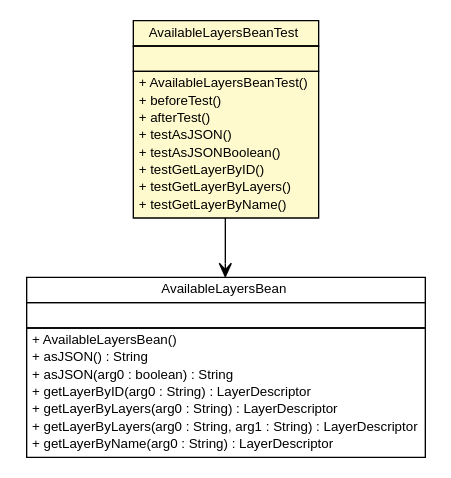
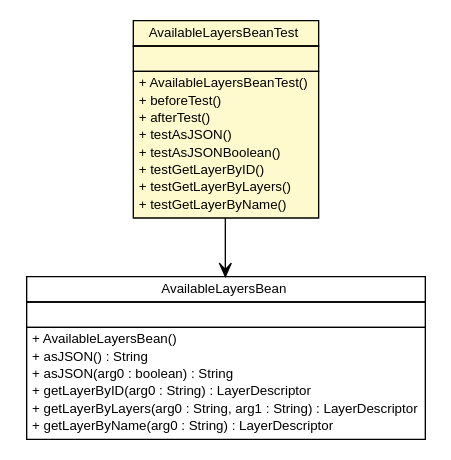
One commit to MinELenI/CBSviewer changed the diagram in testapidocs/nl/mineleni/cbsviewer/util/AvailableLayersBeanTest.dot. Above: the diagram before and after it, drawn with Graphviz. The commit also changed 372 other files, not shown here.

```diff
--- a/testapidocs/nl/mineleni/cbsviewer/util/AvailableLayersBeanTest.dot
+++ b/testapidocs/nl/mineleni/cbsviewer/util/AvailableLayersBeanTest.dot
@@ -1,51 +1,50 @@
 #!/usr/local/bin/dot
 #
 # Class diagram 
 # Generated by UMLGraph version R5_6 (http://www.umlgraph.org/)
 #
 
 digraph G {
 	edge [fontname="arial",fontsize=10,labelfontname="arial",labelfontsize=10];
 	node [fontname="arial",fontsize=10,shape=plaintext];
 	nodesep=0.25;
 	ranksep=0.5;
 	// nl.mineleni.cbsviewer.util.AvailableLayersBeanTest
 	c350 [label=<<table title="nl.mineleni.cbsviewer.util.AvailableLayersBeanTest" border="0" cellborder="1" cellspacing="0" cellpadding="2" port="p" bgcolor="lemonChiffon" href="./AvailableLayersBeanTest.html">
 		<tr><td><table border="0" cellspacing="0" cellpadding="1">
 <tr><td align="center" balign="center"> AvailableLayersBeanTest </td></tr>
 		</table></td></tr>
 		<tr><td><table border="0" cellspacing="0" cellpadding="1">
 <tr><td align="left" balign="left">  </td></tr>
 		</table></td></tr>
 		<tr><td><table border="0" cellspacing="0" cellpadding="1">
 <tr><td align="left" balign="left"> + AvailableLayersBeanTest() </td></tr>
 <tr><td align="left" balign="left"> + beforeTest() </td></tr>
 <tr><td align="left" balign="left"> + afterTest() </td></tr>
 <tr><td align="left" balign="left"> + testAsJSON() </td></tr>
 <tr><td align="left" balign="left"> + testAsJSONBoolean() </td></tr>
 <tr><td align="left" balign="left"> + testGetLayerByID() </td></tr>
 <tr><td align="left" balign="left"> + testGetLayerByLayers() </td></tr>
 <tr><td align="left" balign="left"> + testGetLayerByName() </td></tr>
 		</table></td></tr>
 		</table>>, URL="./AvailableLayersBeanTest.html", fontname="arial", fontcolor="black", fontsize=10.0];
 	// nl.mineleni.cbsviewer.util.AvailableLayersBeanTest NAVASSOC nl.mineleni.cbsviewer.util.AvailableLayersBean
 	c350:p -> c354:p [taillabel="", label="", headlabel="", fontname="arial", fontcolor="black", fontsize=10.0, color="black", arrowhead=open];
 	// nl.mineleni.cbsviewer.util.AvailableLayersBean
 	c354 [label=<<table title="nl.mineleni.cbsviewer.util.AvailableLayersBean" border="0" cellborder="1" cellspacing="0" cellpadding="2" port="p">
 		<tr><td><table border="0" cellspacing="0" cellpadding="1">
 <tr><td align="center" balign="center"> AvailableLayersBean </td></tr>
 		</table></td></tr>
 		<tr><td><table border="0" cellspacing="0" cellpadding="1">
 <tr><td align="left" balign="left">  </td></tr>
 		</table></td></tr>
 		<tr><td><table border="0" cellspacing="0" cellpadding="1">
 <tr><td align="left" balign="left"> + AvailableLayersBean() </td></tr>
 <tr><td align="left" balign="left"> + asJSON() : String </td></tr>
 <tr><td align="left" balign="left"> + asJSON(arg0 : boolean) : String </td></tr>
 <tr><td align="left" balign="left"> + getLayerByID(arg0 : String) : LayerDescriptor </td></tr>
-<tr><td align="left" balign="left"> + getLayerByLayers(arg0 : String) : LayerDescriptor </td></tr>
 <tr><td align="left" balign="left"> + getLayerByLayers(arg0 : String, arg1 : String) : LayerDescriptor </td></tr>
 <tr><td align="left" balign="left"> + getLayerByName(arg0 : String) : LayerDescriptor </td></tr>
 		</table></td></tr>
 		</table>>, URL="null", fontname="arial", fontcolor="black", fontsize=10.0];
 }
```
